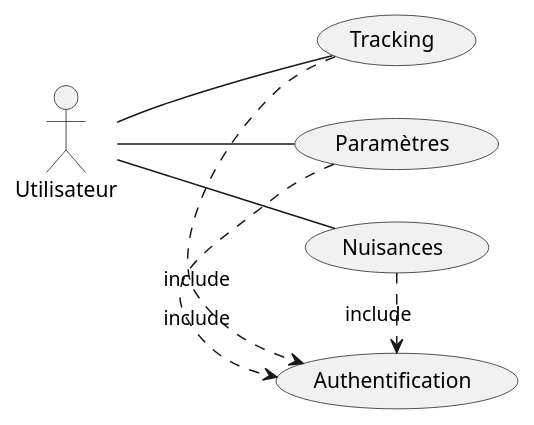
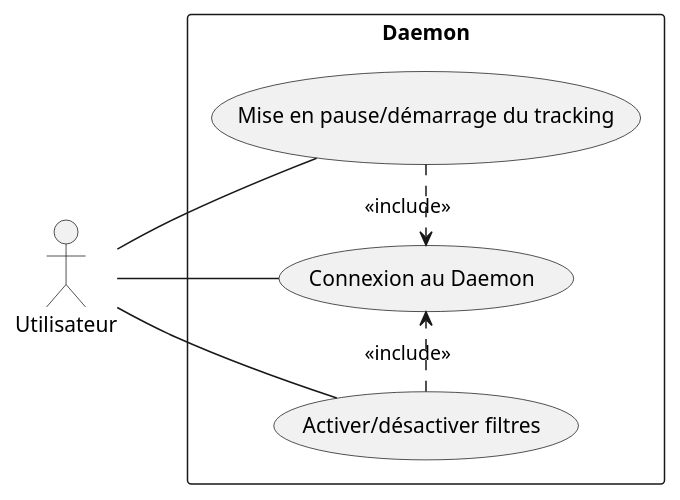
One commit to FocusCompany/Documents changed the diagram in AA2/Daemon/use_case.plantuml. Above: the diagram before and after it, drawn with PlantUML.

Commit message:
Revamp use case diagram a bit

```diff
--- a/AA2/Daemon/use_case.plantuml
+++ b/AA2/Daemon/use_case.plantuml
@@ -1,11 +1,15 @@
 @startuml
 left to right direction
-skinparam packageStyle rectangle
+
 actor Utilisateur
-Utilisateur -- (Tracking)
-Utilisateur -- (Paramètres)
-Utilisateur -- (Nuisances)
-(Tracking) .> (Authentification) : include
-(Paramètres) .> (Authentification) : include
-(Nuisances) .> (Authentification) : include
+
+rectangle Daemon {
+
+Utilisateur -- (Mise en pause/démarrage du tracking)
+Utilisateur -- (Connexion au Daemon)
+Utilisateur -- (Activer/désactiver filtres)
+
+(Mise en pause/démarrage du tracking) .> (Connexion au Daemon) : <<include>>
+(Activer/désactiver filtres) .> (Connexion au Daemon) : <<include>>
+}
 @enduml
```
